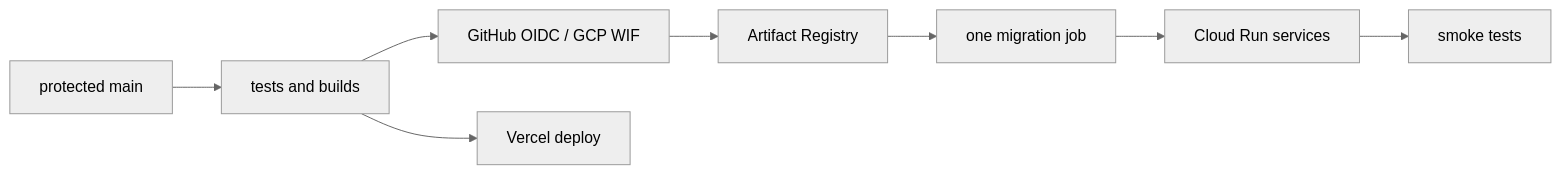
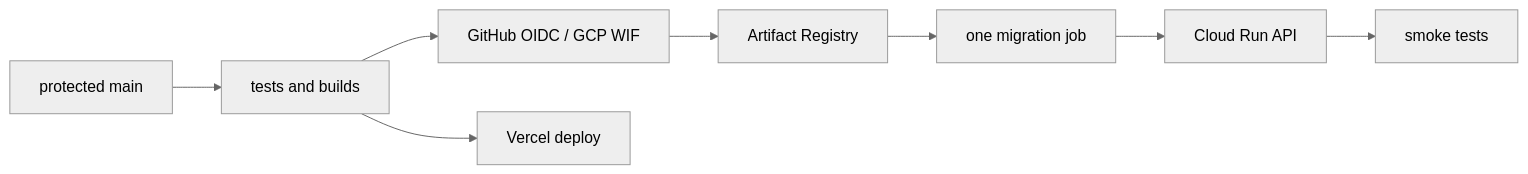
One commit to kartikey2004-git/BookLeaf changed the second of 2 diagrams in docs/deployment/production-deployment-guide.md. Above: the diagram before and after it, drawn with Mermaid (neutral theme). The commit also changed other lines of this file and 13 other files, not shown here.

````diff
--- a/docs/deployment/production-deployment-guide.md
+++ b/docs/deployment/production-deployment-guide.md
@@ -186,10 +178,10 @@
 ```mermaid
 flowchart LR
   Main[protected main] --> CI[tests and builds]
   CI --> WIF[GitHub OIDC / GCP WIF]
   WIF --> AR[Artifact Registry]
   AR --> Migration[one migration job]
-  Migration --> Run[Cloud Run services]
+  Migration --> Run[Cloud Run API]
   CI --> Vercel[Vercel deploy]
   Run --> Smoke[smoke tests]
 ```
````
